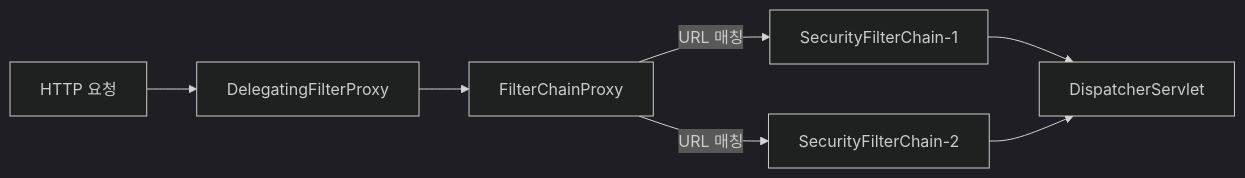
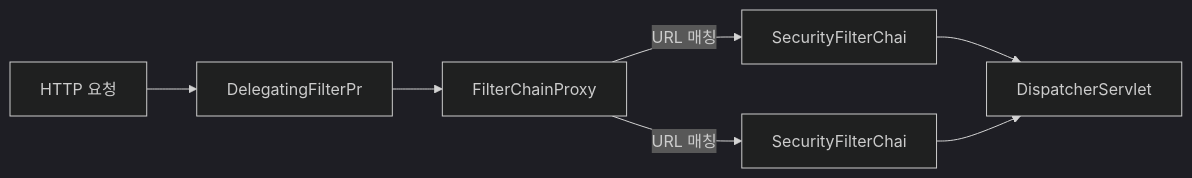
The first of 4 diagrams in _posts/spring/2026-05-01-spring-security-architecture.md (yjkim2015/yjkim2015.github.io), drawn with Mermaid (dark theme) before and after one commit. The commit also changed other lines of this file and 245 other files, not shown here.

First line of the commit message:
Mermaid 다이어그램 전면 수정 + 면접 포인트 접기/펼치기 + DB 데드락 페이지

````diff
--- a/_posts/spring/2026-05-01-spring-security-architecture.md
+++ b/_posts/spring/2026-05-01-spring-security-architecture.md
@@ -120,9 +120,9 @@
 ```mermaid
 graph LR
-    A["HTTP 요청"] --> B["DelegatingFilterProxy"]
+    A["HTTP 요청"] --> B["DelegatingFilterPr"]
     B --> C["FilterChainProxy"]
-    C -->|"URL 매칭"| D["SecurityFilterChain-1"]
-    C -->|"URL 매칭"| E["SecurityFilterChain-2"]
+    C -->|"URL 매칭"| D["SecurityFilterChai"]
+    C -->|"URL 매칭"| E["SecurityFilterChai"]
     D --> F["DispatcherServlet"]
     E --> F
 ```
````
